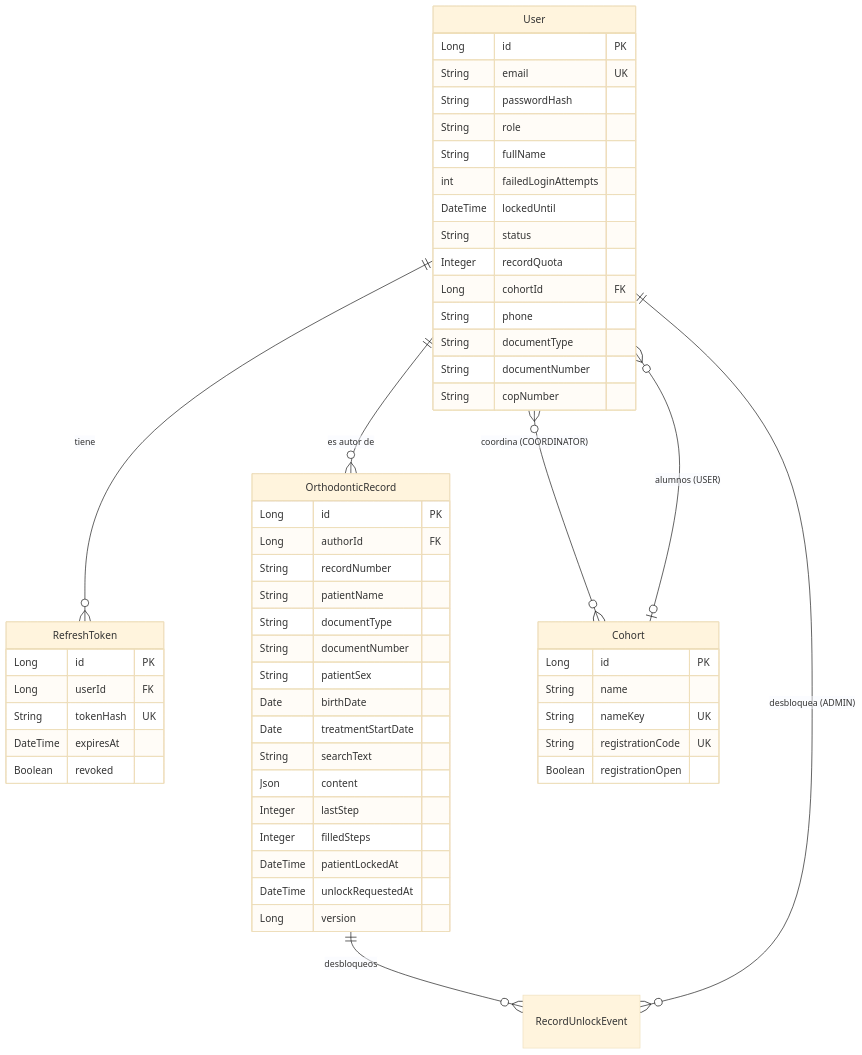
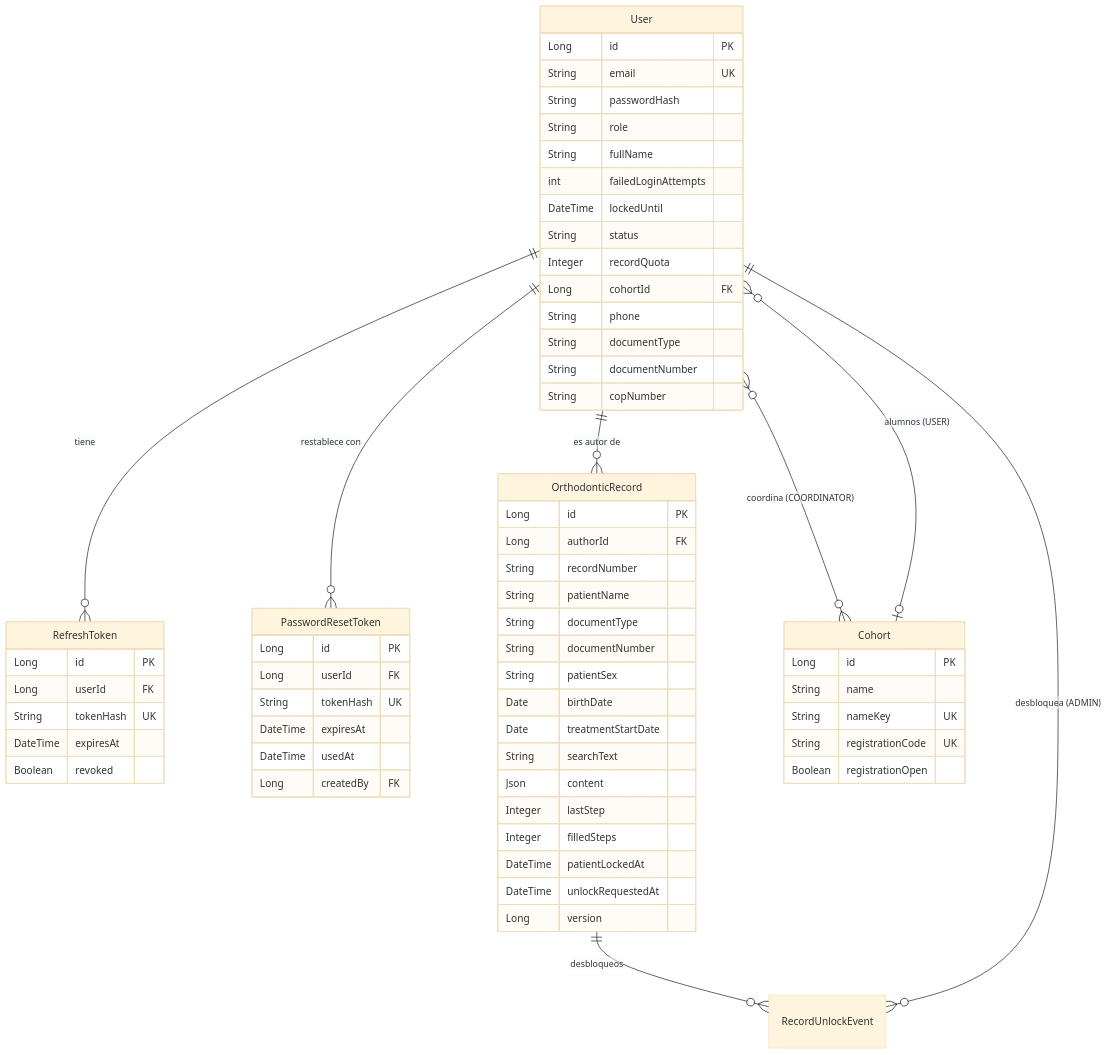
Before and after one commit to Davico84/HSOFACOP: the diagram in docs/domain.md, drawn with Mermaid (base theme). The commit also changed other lines of this file and 1 other file, not shown here.

Commit message:
docs: cambio y restablecimiento de contraseña en el dominio
Reglas del cambio de contraseña en User, entidad PasswordResetToken y ER.

Refs: add-password-change-reset #3.1

````diff
--- a/docs/domain.md
+++ b/docs/domain.md
@@ -122,58 +128,67 @@
 ```mermaid
 erDiagram
     User ||--o{ RefreshToken : "tiene"
+    User ||--o{ PasswordResetToken : "restablece con"
     User ||--o{ OrthodonticRecord : "es autor de"
     OrthodonticRecord ||--o{ RecordUnlockEvent : "desbloqueos"
     User ||--o{ RecordUnlockEvent : "desbloquea (ADMIN)"
     Cohort |o--o{ User : "alumnos (USER)"
     User }o--o{ Cohort : "coordina (COORDINATOR)"
 
     User {
         Long id PK
         String email UK
         String passwordHash
         String role
         String fullName
         int failedLoginAttempts
         DateTime lockedUntil
         String status
         Integer recordQuota
         Long cohortId FK
         String phone
         String documentType
         String documentNumber
         String copNumber
     }
     Cohort {
         Long id PK
         String name
         String nameKey UK
         String registrationCode UK
         Boolean registrationOpen
     }
+    PasswordResetToken {
+        Long id PK
+        Long userId FK
+        String tokenHash UK
+        DateTime expiresAt
+        DateTime usedAt
+        Long createdBy FK
+    }
     RefreshToken {
         Long id PK
         Long userId FK
         String tokenHash UK
         DateTime expiresAt
         Boolean revoked
     }
     OrthodonticRecord {
         Long id PK
         Long authorId FK
         String recordNumber
         String patientName
         String documentType
         String documentNumber
         String patientSex
         Date birthDate
         Date treatmentStartDate
         String searchText
         Json content
         Integer lastStep
         Integer filledSteps
         DateTime patientLockedAt
         DateTime unlockRequestedAt
         Long version
     }
 ```
````
